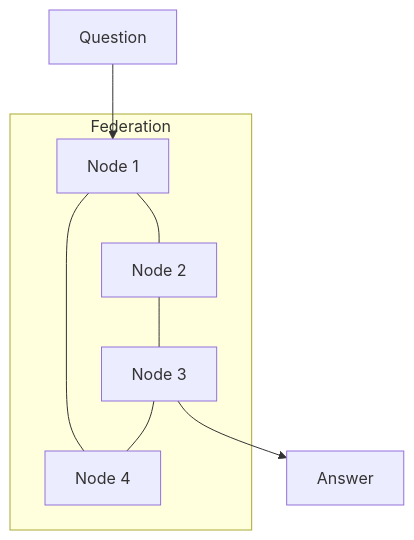
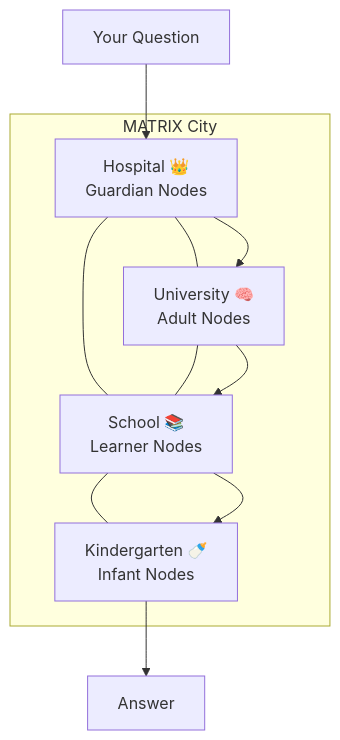
Before and after one commit to AlexanderNarbaev/agi: the first of 6 diagrams in docs-v2/story/overview.md, drawn with Mermaid. The commit also changed other lines of this file, not shown here.

````diff
--- a/docs-v2/story/overview.md
+++ b/docs-v2/story/overview.md
@@ -27,11 +30,14 @@
 ```mermaid
 graph TD
-    subgraph Federation
-        N1[Node 1] --- N2[Node 2]
-        N2 --- N3[Node 3]
-        N3 --- N4[Node 4]
-        N4 --- N1
+    subgraph City[MATRIX City]
+        H[Hospital 👑<br/>Guardian Nodes] --- U[University 🧠<br/>Adult Nodes]
+        H --- S[School 📚<br/>Learner Nodes]
+        U --- S
+        S --- K[Kindergarten 🍼<br/>Infant Nodes]
     end
-    Input[Question] --> N1
-    N3 --> Output[Answer]
+    Q[Your Question] --> H
+    H --> U
+    U --> S
+    S --> K
+    K --> R[Answer]
 ```
````
